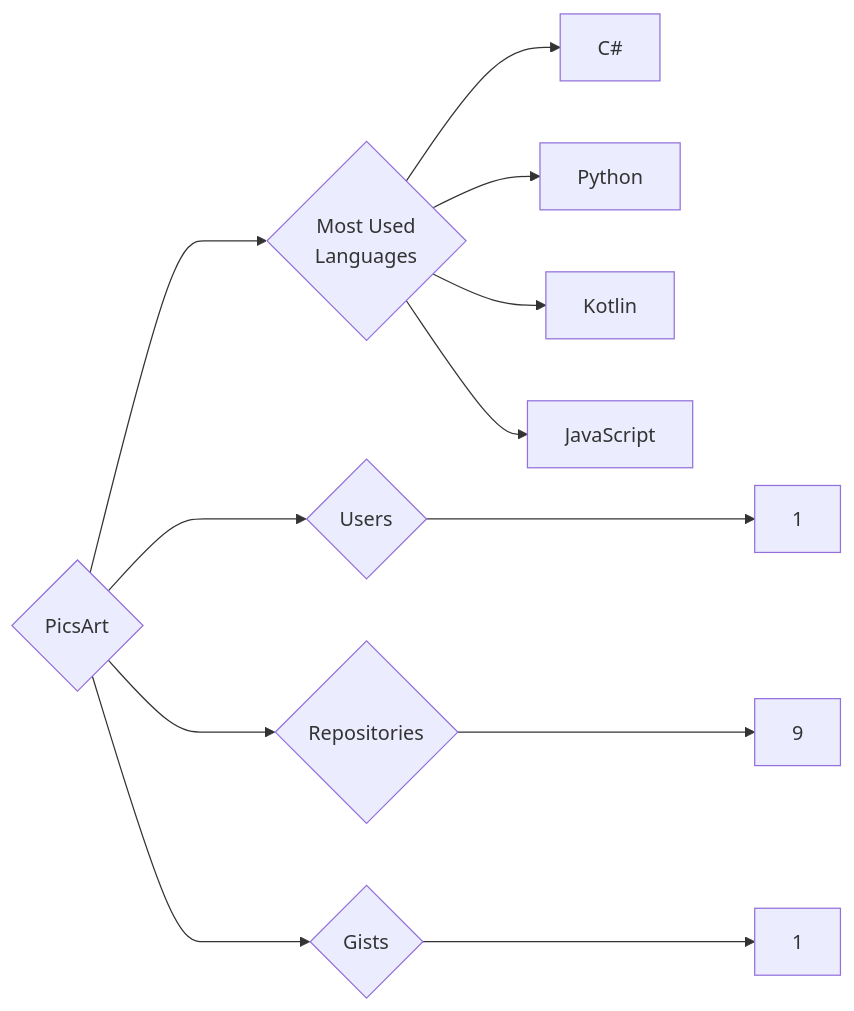
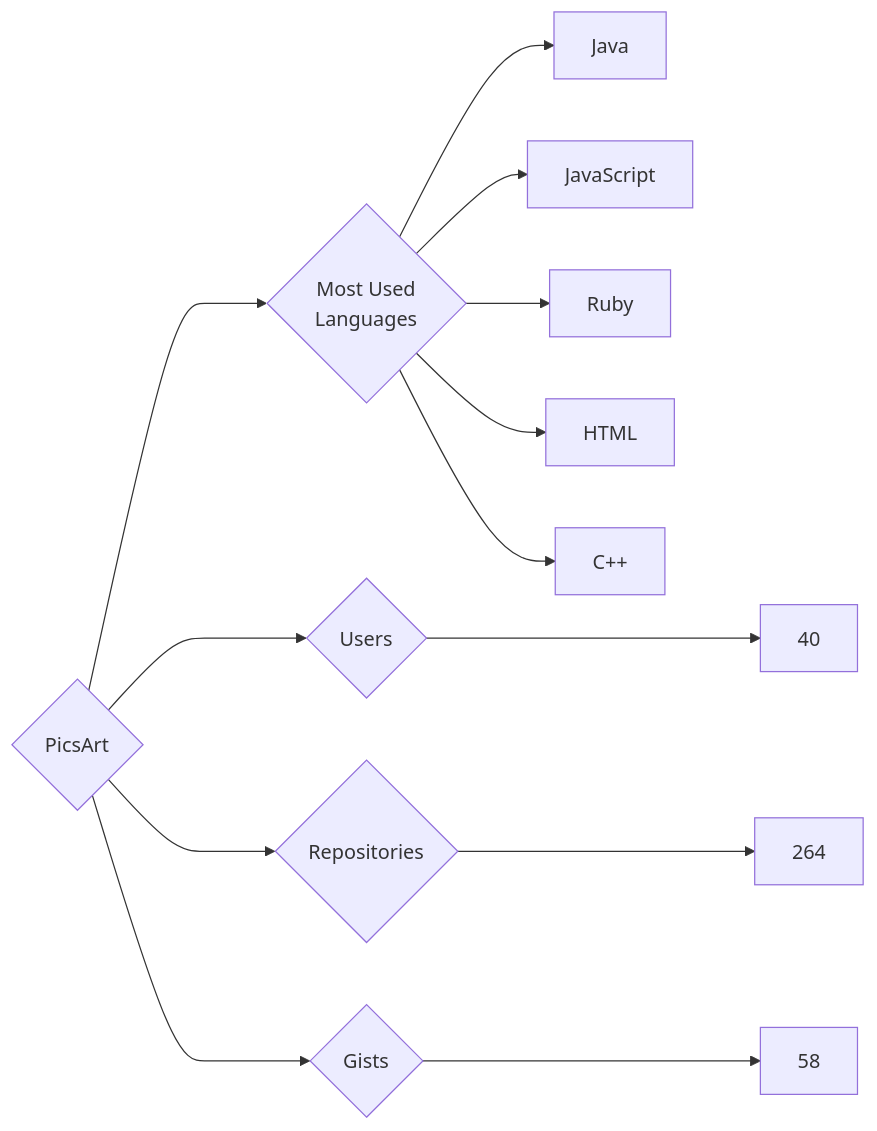
Before and after one commit to trickest/insiders: the diagram in targets/PicsArt/README.md, drawn with Mermaid. The commit also changed 886 other files, not shown here.

````diff
--- a/targets/PicsArt/README.md
+++ b/targets/PicsArt/README.md
@@ -3,12 +3,13 @@
 ```mermaid
 graph LR
 COMPANY_NAME{PicsArt}
-COMPANY_NAME ---> U{Users} ---> UN[1]
-COMPANY_NAME ---> R{Repositories} ---> RN[9]
-COMPANY_NAME ---> G{Gists} ---> GN[1]
+COMPANY_NAME ---> U{Users} ---> UN[40]
+COMPANY_NAME ---> R{Repositories} ---> RN[264]
+COMPANY_NAME ---> G{Gists} ---> GN[58]
 COMPANY_NAME ---> ML{Most Used<br>Languages}
-ML --> C#[C#]
-ML --> Python[Python]
-ML --> Kotlin[Kotlin]
+ML --> Java[Java]
 ML --> JavaScript[JavaScript]
+ML --> Ruby[Ruby]
+ML --> HTML[HTML]
+ML --> C++[C++]
 ```
````
